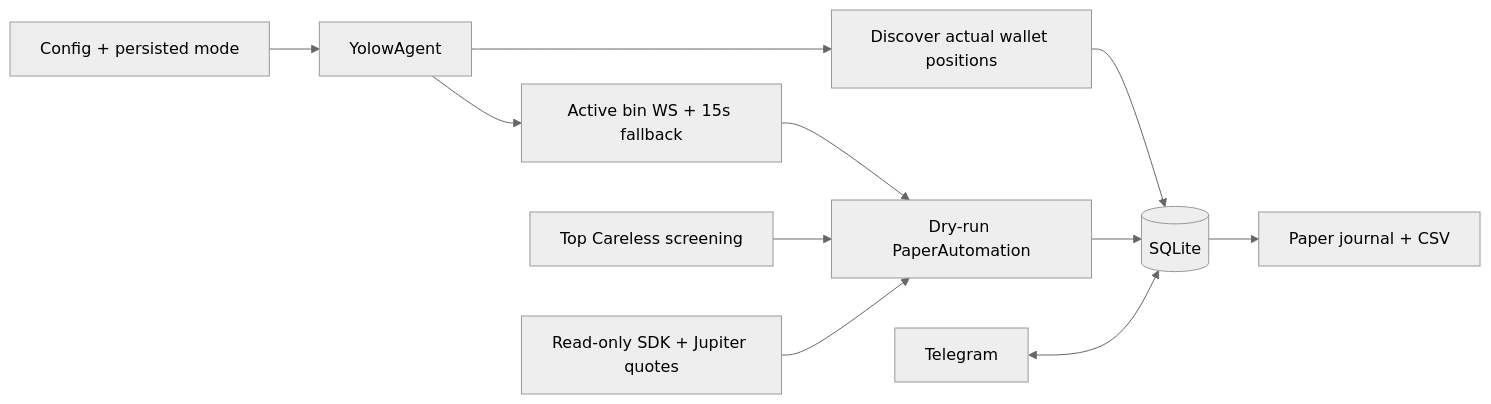
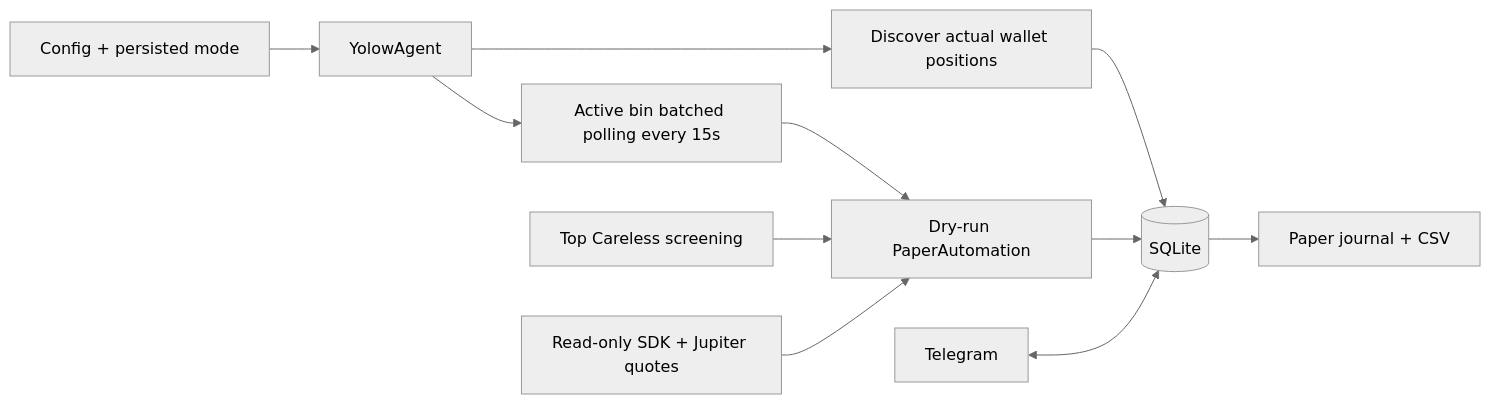
The diagram in ARCHITECTURE.md (Juanneilp/yolow), drawn with Mermaid (neutral theme) before and after one commit. The commit also changed other lines of this file and 21 other files, not shown here.

Commit message:
Reduce Helius RPC usage with batched polling

````diff
--- a/ARCHITECTURE.md
+++ b/ARCHITECTURE.md
@@ -5,13 +5,13 @@
 ```mermaid
 flowchart LR
   CFG[Config + persisted mode] --> AGENT[YolowAgent]
   AGENT --> REAL[Discover actual wallet positions]
-  AGENT --> BIN[Active bin WS + 15s fallback]
+  AGENT --> BIN[Active bin batched polling every 15s]
   REAL --> DB[(SQLite)]
   BIN --> AUTO[Dry-run PaperAutomation]
   CARELESS[Top Careless screening] --> AUTO
   MARKET[Read-only SDK + Jupiter quotes] --> AUTO
   AUTO --> DB
   TG[Telegram] <--> DB
   DB --> JOURNAL[Paper journal + CSV]
 ```
````
